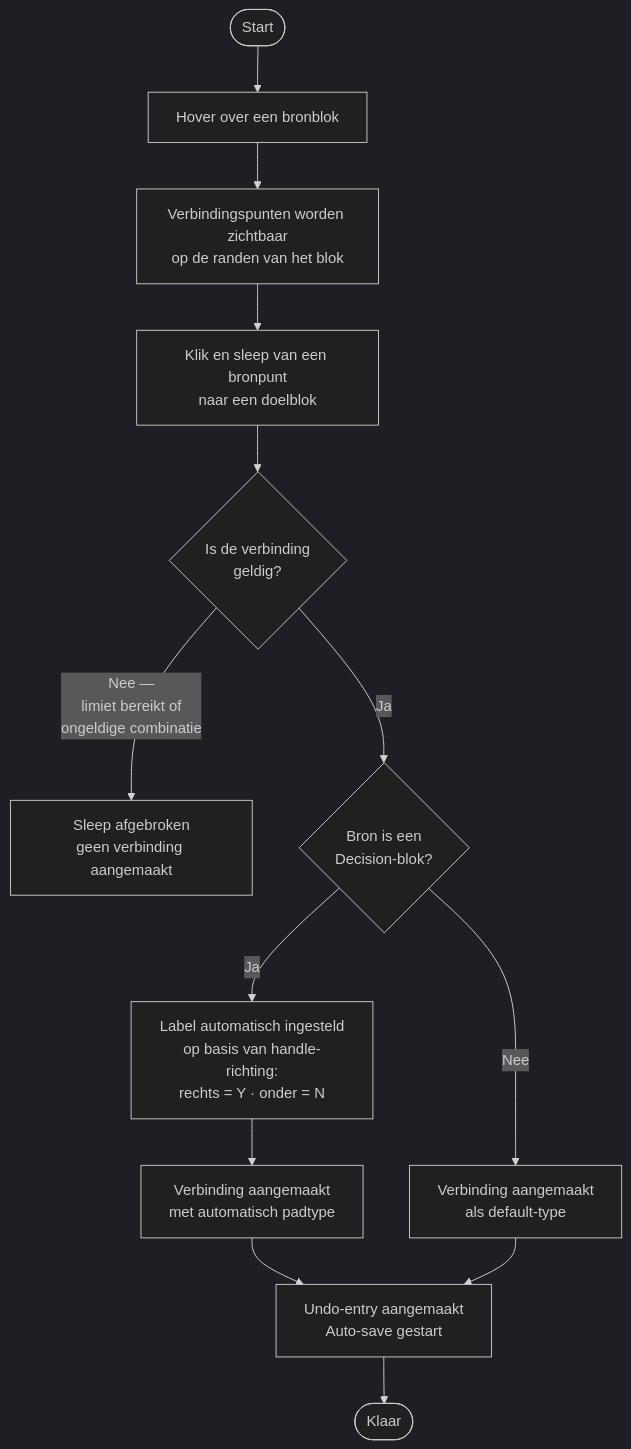
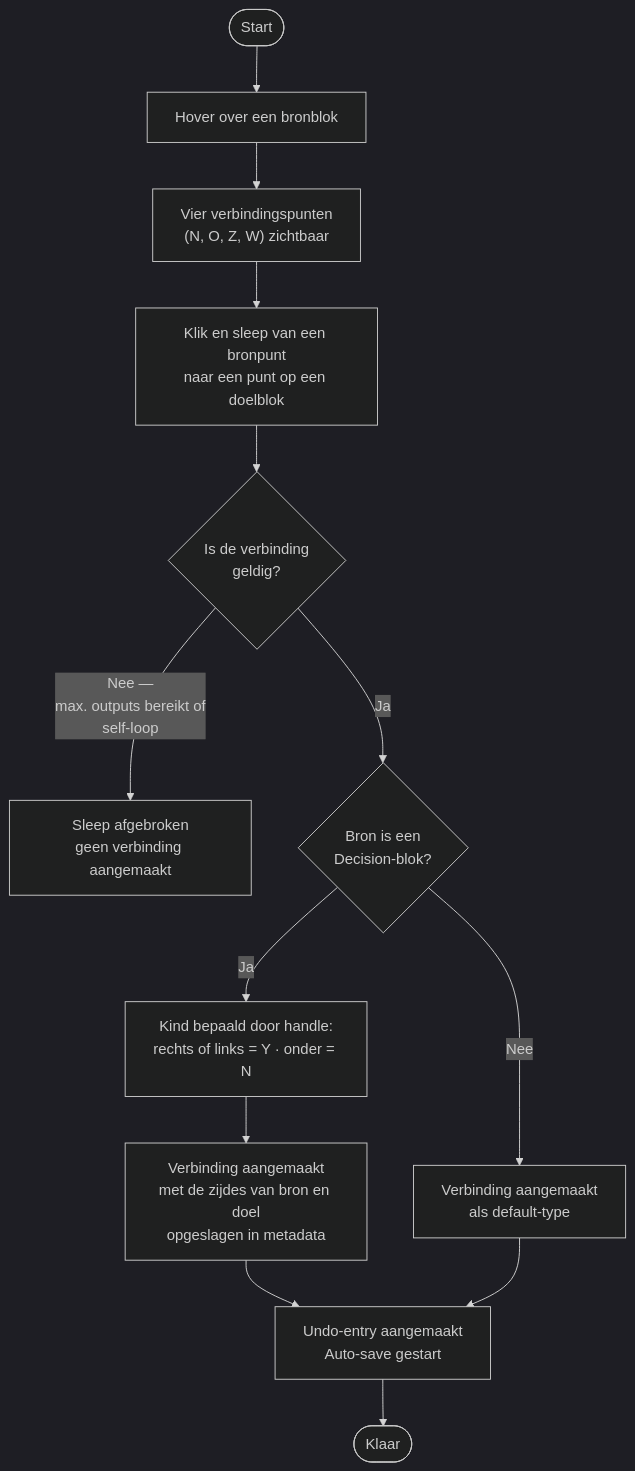
The sixth of 18 diagrams in docs/USERFLOWS.md (GRJX/mmd-flowchart), drawn with Mermaid (dark theme) before and after one commit. The commit also changed other lines of this file and 57 other files, not shown here.

````diff
--- a/docs/USERFLOWS.md
+++ b/docs/USERFLOWS.md
@@ -95,15 +120,15 @@
 ```mermaid
 flowchart TD
     A([Start]) --> B[Hover over een bronblok]
-    B --> C["Verbindingspunten worden zichtbaar<br>op de randen van het blok"]
-    C --> D["Klik en sleep van een bronpunt<br>naar een doelblok"]
+    B --> C["Vier verbindingspunten<br>(N, O, Z, W) zichtbaar"]
+    C --> D["Klik en sleep van een bronpunt<br>naar een punt op een doelblok"]
     D --> E{"Is de verbinding<br>geldig?"}
-    E -- "Nee —<br>limiet bereikt of<br>ongeldige combinatie" --> F["Sleep afgebroken<br>geen verbinding aangemaakt"]
+    E -- "Nee —<br>max. outputs bereikt of<br>self-loop" --> F["Sleep afgebroken<br>geen verbinding aangemaakt"]
     E -- Ja --> G{"Bron is een<br>Decision-blok?"}
-    G -- Ja --> H["Label automatisch ingesteld<br>op basis van handle-richting:<br>rechts = Y · onder = N"]
-    H --> I["Verbinding aangemaakt<br>met automatisch padtype"]
+    G -- Ja --> H["Kind bepaald door handle:<br>rechts of links = Y · onder = N"]
+    H --> I["Verbinding aangemaakt<br>met de zijdes van bron en doel<br>opgeslagen in metadata"]
     G -- Nee --> J["Verbinding aangemaakt<br>als default-type"]
     I --> K["Undo-entry aangemaakt<br>Auto-save gestart"]
     J --> K
     K --> L([Klaar])
 ```
````
